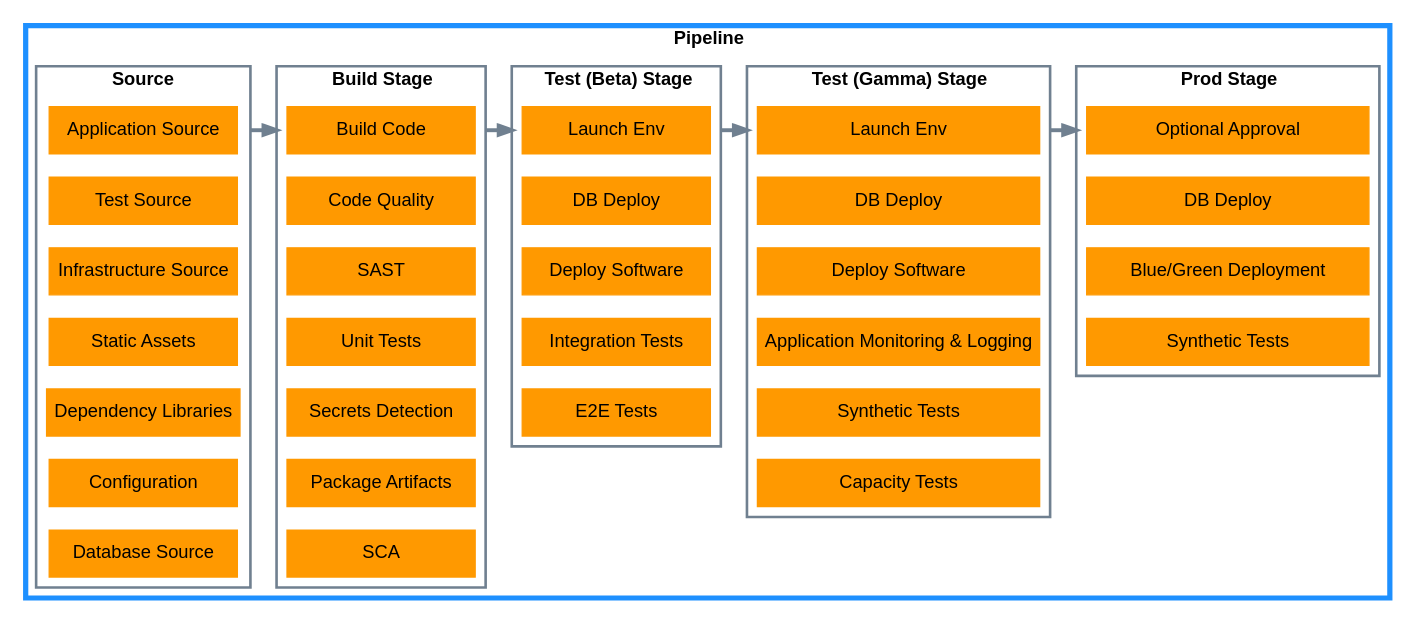
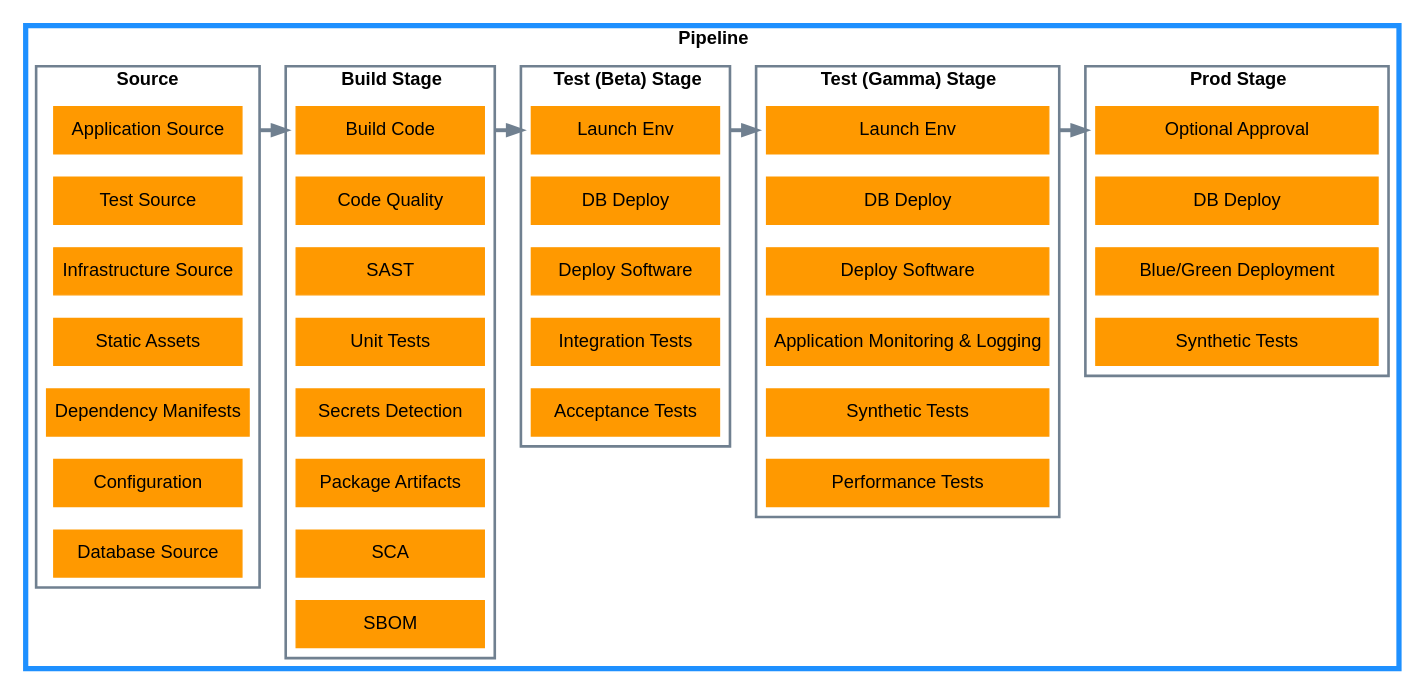
One commit to Tyrese-AutomationWarrior/AWS-Deployment-Pipeline-Reference-Architecture changed the diagram in docs/application-pipeline/ri-cdk-pipeline.md. Above: the diagram before and after it, drawn with Graphviz. The commit also changed other lines of this file and 5 other files, not shown here.

```diff
--- a/docs/application-pipeline/ri-cdk-pipeline.md
+++ b/docs/application-pipeline/ri-cdk-pipeline.md
@@ -34,7 +34,7 @@
             test_src[label="Test Source" color="#ff9900"]
             infrastructure_src[label="Infrastructure Source" color="#ff9900"]
             static_assets[label="Static Assets" color="#ff9900"]
-            libs[label="Dependency Libraries" color="#ff9900"]
+            libs[label="Dependency Manifests" color="#ff9900"]
             config[label="Configuration" color="#ff9900"]
             db_src[label="Database Source" color="#ff9900"]
         }
@@ -50,6 +50,7 @@
             secrets_detection[label="Secrets Detection" color="#ff9900"]
             package_artifacts[label="Package Artifacts" color="#ff9900"]
             sca[label="SCA" color="#ff9900"]
+            sbom[label="SBOM" color="#ff9900"]
         }
 
         subgraph cluster_beta {
@@ -61,7 +62,7 @@
             db_deploy_beta[label="DB Deploy" color="#ff9900"]
             software_deploy_beta[label="Deploy Software" color="#ff9900"]
             int_test_beta[label="Integration Tests" color="#ff9900"]
-            e2e_test_beta[label="E2E Tests" color="#ff9900"]
+            e2e_test_beta[label="Acceptance Tests" color="#ff9900"]
         }
 
         subgraph cluster_gamma {
@@ -74,7 +75,7 @@
             software_deploy_gamma[label="Deploy Software" color="#ff9900"]
             app_monitor_gamma[label="Application Monitoring & Logging" color="#ff9900"]
             synthetic_gamma[label="Synthetic Tests" color="#ff9900"]
-            cap_test_gamma[label="Capacity Tests" color="#ff9900"]
+            cap_test_gamma[label="Performance Tests" color="#ff9900"]
         }
 
         subgraph cluster_prod {
```
